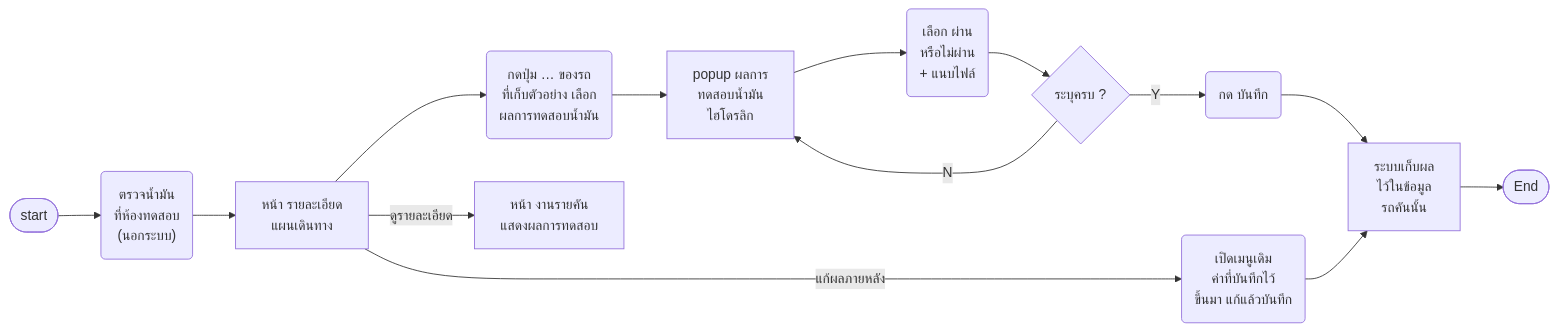
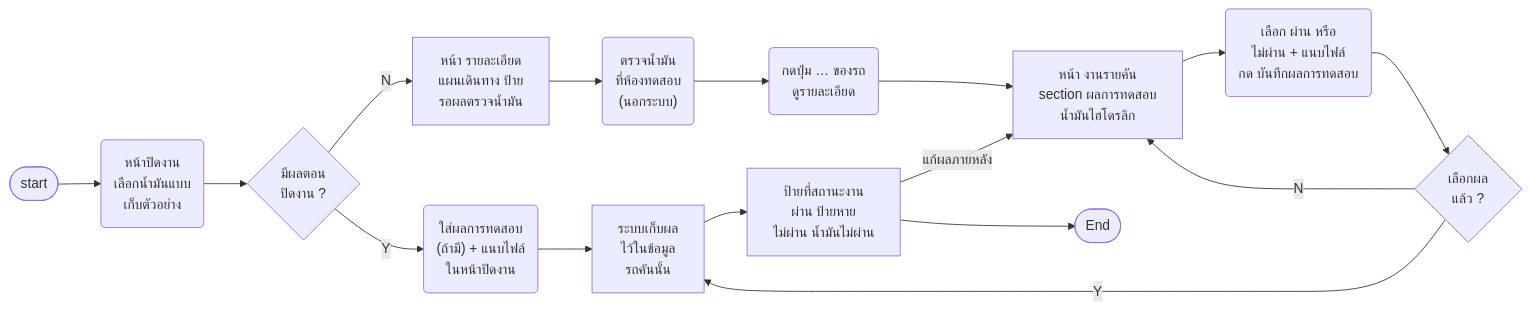
Before and after one commit to anugmail/Maintenance-Request-Form: the tenth of 21 diagrams in Diagram/01-บำรุงรักษาตามวาระ/14-บำรุงรักษา-userflow.md, drawn with Mermaid. The commit also changed other lines of this file and 10 other files, not shown here.

First line of the commit message:
บำรุงรักษา: S12 ผลตรวจน้ำมันไฮโดรลิกอยู่ในขั้นงาน (เลิก popup) · ป้ายรอผลตรวจน้ำมันที่สถานะงาน · หน้ารายละเอียดเอาภาพตอนจบงานออก

````diff
--- a/Diagram/01-บำรุงรักษาตามวาระ/14-บำรุงรักษา-userflow.md
+++ b/Diagram/01-บำรุงรักษาตามวาระ/14-บำรุงรักษา-userflow.md
@@ -532,17 +533,20 @@
 ```mermaid
 flowchart LR
-    S([start]) --> A0("ตรวจน้ำมัน<br/>ที่ห้องทดสอบ<br/>(นอกระบบ)")
-    A0 --> D1["หน้า รายละเอียด<br/>แผนเดินทาง"]
-    D1 --> A1("กดปุ่ม … ของรถ<br/>ที่เก็บตัวอย่าง เลือก<br/>ผลการทดสอบน้ำมัน")
-    A1 --> D2["popup ผลการ<br/>ทดสอบน้ำมัน<br/>ไฮโดรลิก"]
-    D2 --> A2("เลือก ผ่าน<br/>หรือไม่ผ่าน<br/>+ แนบไฟล์")
-    A2 --> Q1{"ระบุครบ ?"}
-    Q1 -->|N| D2
-    Q1 -->|Y| A3("กด บันทึก")
-    A3 --> D3["ระบบเก็บผล<br/>ไว้ในข้อมูล<br/>รถคันนั้น"]
-    D3 --> E([End])
-    D1 -->|แก้ผลภายหลัง| A4("เปิดเมนูเดิม<br/>ค่าที่บันทึกไว้<br/>ขึ้นมา แก้แล้วบันทึก")
-    A4 --> D3
-    D1 -->|ดูรายละเอียด| D4["หน้า งานรายคัน<br/>แสดงผลการทดสอบ"]
+    S([start]) --> A0("หน้าปิดงาน<br/>เลือกน้ำมันแบบ<br/>เก็บตัวอย่าง")
+    A0 --> Q1{"มีผลตอน<br/>ปิดงาน ?"}
+    Q1 -->|Y| A1("ใส่ผลการทดสอบ<br/>(ถ้ามี) + แนบไฟล์<br/>ในหน้าปิดงาน")
+    A1 --> D3["ระบบเก็บผล<br/>ไว้ในข้อมูล<br/>รถคันนั้น"]
+    Q1 -->|N| D1["หน้า รายละเอียด<br/>แผนเดินทาง ป้าย<br/>รอผลตรวจน้ำมัน"]
+    D1 --> A2("ตรวจน้ำมัน<br/>ที่ห้องทดสอบ<br/>(นอกระบบ)")
+    A2 --> A3("กดปุ่ม … ของรถ<br/>ดูรายละเอียด")
+    A3 --> D2["หน้า งานรายคัน<br/>section ผลการทดสอบ<br/>น้ำมันไฮโดรลิก"]
+    D2 --> A4("เลือก ผ่าน หรือ<br/>ไม่ผ่าน + แนบไฟล์<br/>กด บันทึกผลการทดสอบ")
+    A4 --> Q2{"เลือกผล<br/>แล้ว ?"}
+    Q2 -->|N| D2
+    Q2 -->|Y| D3
+    D3 --> D4["ป้ายที่สถานะงาน<br/>ผ่าน ป้ายหาย<br/>ไม่ผ่าน น้ำมันไม่ผ่าน"]
+    D4 --> E([End])
+    D4 -->|แก้ผลภายหลัง| D2
     %% Q: D3 | Q21 ❓ ผลไม่ผ่านมีผลต่อแผนรอบถัดไปไหม (เช่น ให้เปลี่ยนน้ำมันรอบหน้า) · จะเริ่มแจ้งเจ้าของรถเมื่อไหร่
+    %% Q: D1 | Q51 ❓ ป้ายรอผลที่ข้อมูลรถรายคัน (Vehicle Management ระบบเดิม) ทำเมื่อไหร่ ใครดูแลหน้านั้น
 ```
````
